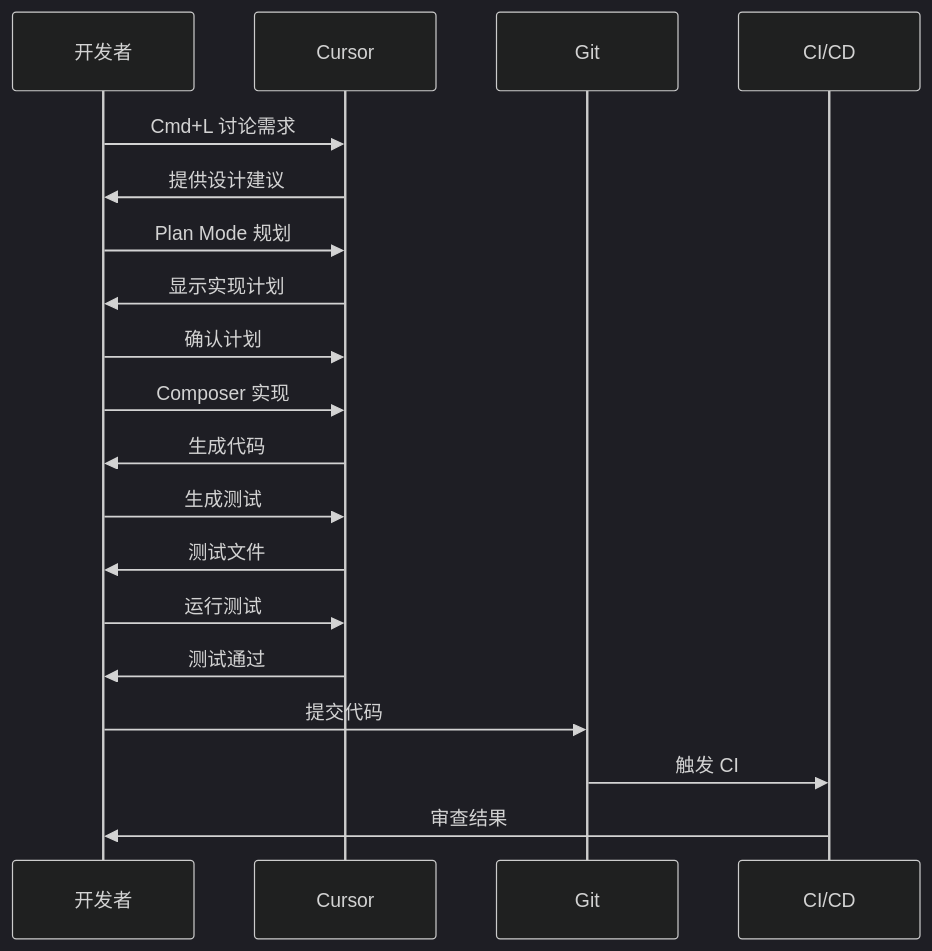
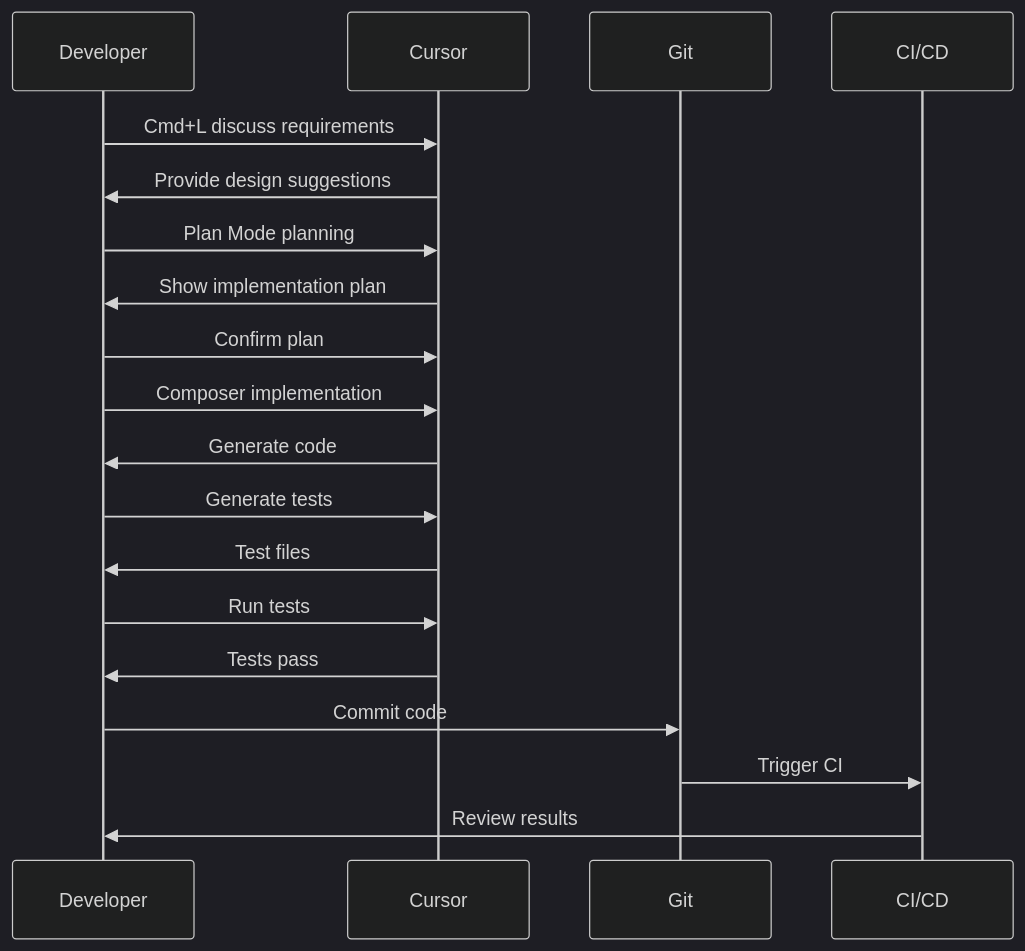
Before and after one commit to DDR187/cursor-howto: the fourth of 4 diagrams in 08-best-practices/README.md, drawn with Mermaid (dark theme). The commit also changed other lines of this file and 22 other files, not shown here.

````diff
--- a/08-best-practices/README.md
+++ b/08-best-practices/README.md
@@ -307,27 +307,27 @@
 ```mermaid
 sequenceDiagram
-    participant U as 开发者
+    participant U as Developer
     participant C as Cursor
     participant G as Git
     participant CI as CI/CD
     
-    U->>C: Cmd+L 讨论需求
-    C->>U: 提供设计建议
+    U->>C: Cmd+L discuss requirements
+    C->>U: Provide design suggestions
     
-    U->>C: Plan Mode 规划
-    C->>U: 显示实现计划
-    U->>C: 确认计划
+    U->>C: Plan Mode planning
+    C->>U: Show implementation plan
+    U->>C: Confirm plan
     
-    U->>C: Composer 实现
-    C->>U: 生成代码
+    U->>C: Composer implementation
+    C->>U: Generate code
     
-    U->>C: 生成测试
-    C->>U: 测试文件
+    U->>C: Generate tests
+    C->>U: Test files
     
-    U->>C: 运行测试
-    C->>U: 测试通过
+    U->>C: Run tests
+    C->>U: Tests pass
     
-    U->>G: 提交代码
-    G->>CI: 触发 CI
-    CI->>U: 审查结果
+    U->>G: Commit code
+    G->>CI: Trigger CI
+    CI->>U: Review results
 ```
````
